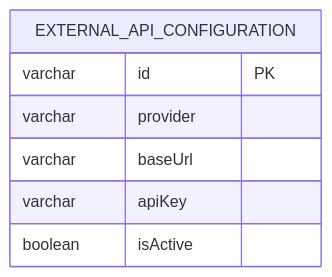
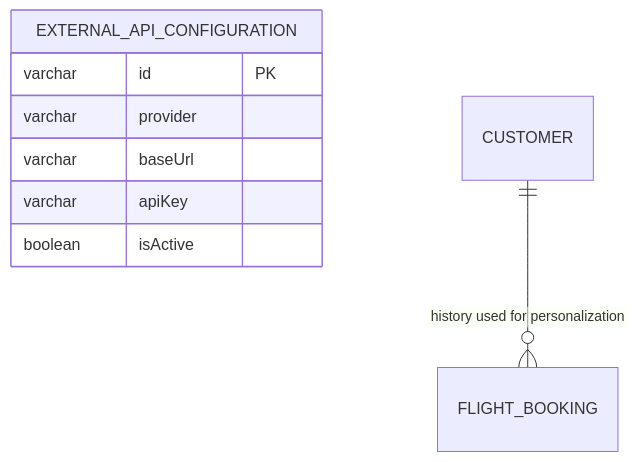
The third of 3 diagrams in diagrams/UC-04-filter-flights.md (Backend-Mentor-ORG/booking), drawn with Mermaid before and after one commit. The commit also changed other lines of this file and 4 other files, not shown here.

Commit message:
Enhance caching strategy for Flights and Hotels API, update use case diagrams and pseudocode for improved performance and personalization

````diff
--- a/diagrams/UC-04-filter-flights.md
+++ b/diagrams/UC-04-filter-flights.md
@@ -41,10 +72,11 @@
 ```mermaid
 erDiagram
   EXTERNAL_API_CONFIGURATION {
     varchar id PK
     varchar provider
     varchar baseUrl
     varchar apiKey
     boolean isActive
   }
+  CUSTOMER ||--o{ FLIGHT_BOOKING : "history used for personalization"
 ```
````
